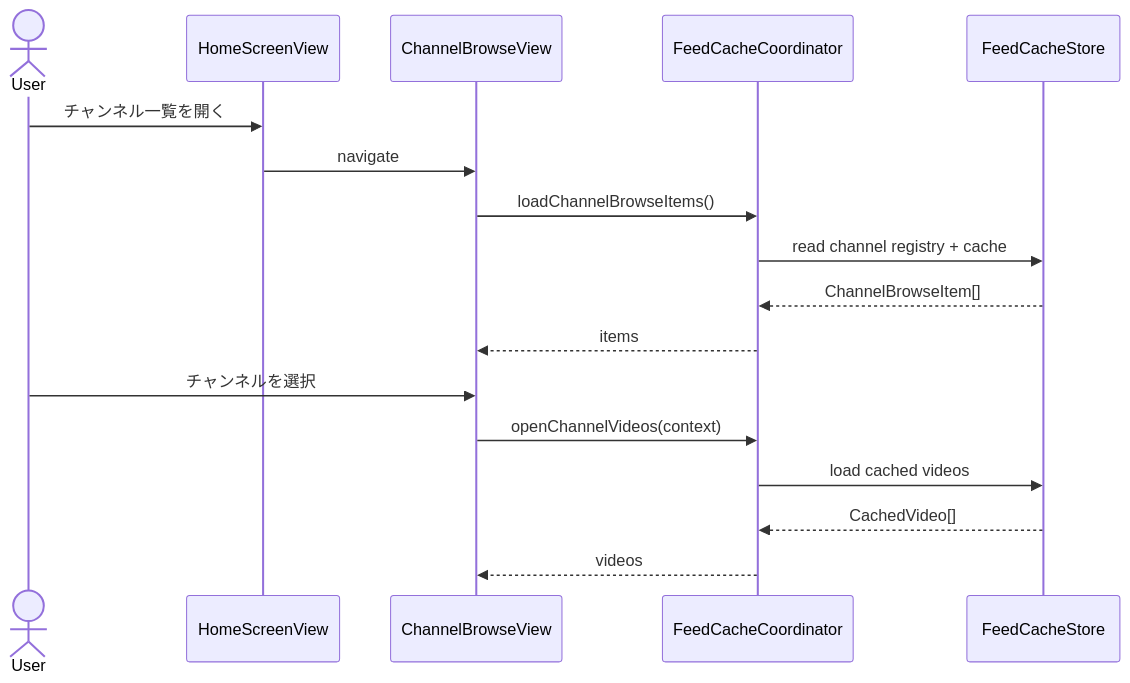
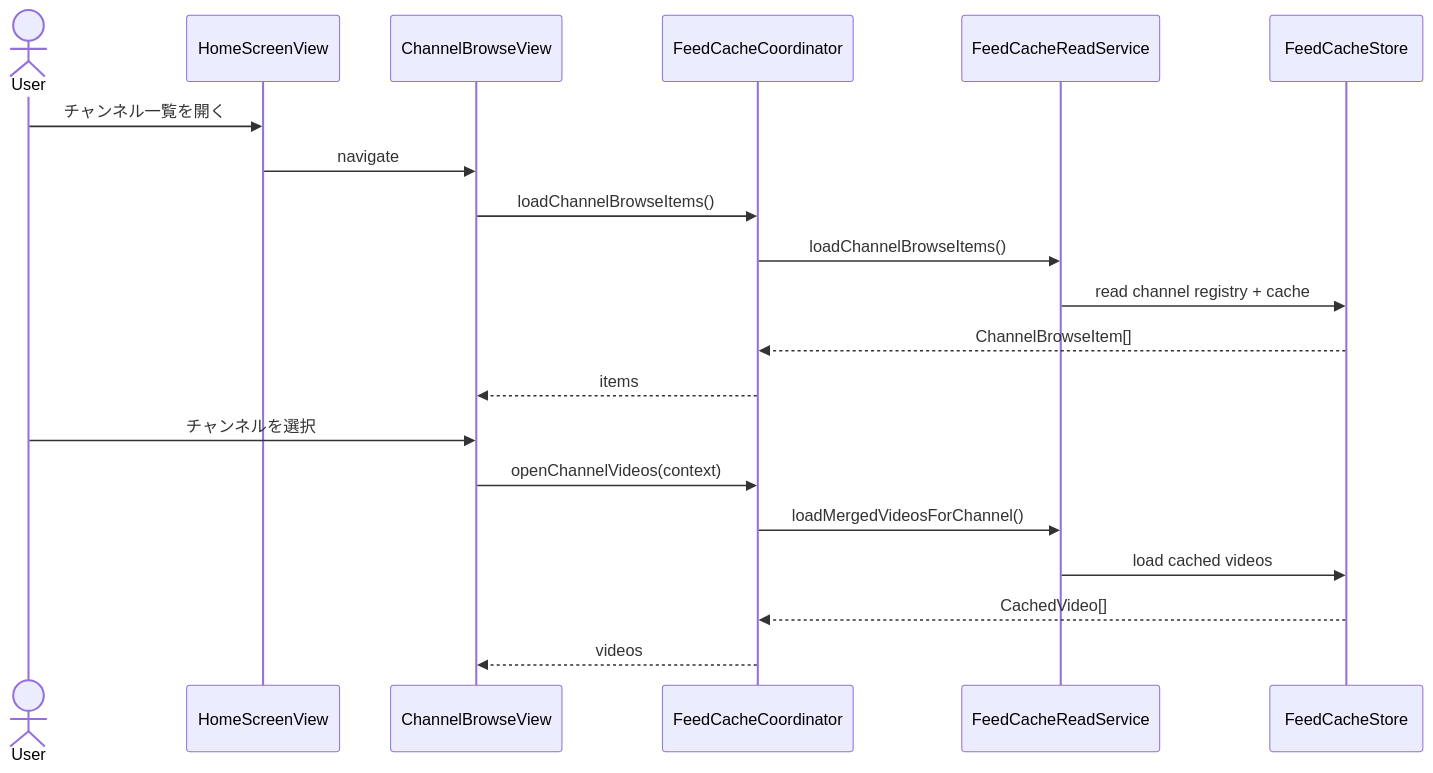
Before and after one commit to horikuma/YoutubeFeeder: the third of 4 diagrams in docs/human-view/design-overview.md, drawn with Mermaid. The commit also changed other lines of this file and 6 other files, not shown here.

````diff
--- a/docs/human-view/design-overview.md
+++ b/docs/human-view/design-overview.md
@@ -89,20 +112,23 @@
 ```mermaid
 sequenceDiagram
     actor User
     participant Home as HomeScreenView
     participant Browse as ChannelBrowseView
     participant Coord as FeedCacheCoordinator
+    participant Read as FeedCacheReadService
     participant Store as FeedCacheStore
 
     User->>Home: チャンネル一覧を開く
     Home->>Browse: navigate
     Browse->>Coord: loadChannelBrowseItems()
-    Coord->>Store: read channel registry + cache
+    Coord->>Read: loadChannelBrowseItems()
+    Read->>Store: read channel registry + cache
     Store-->>Coord: ChannelBrowseItem[]
     Coord-->>Browse: items
     User->>Browse: チャンネルを選択
     Browse->>Coord: openChannelVideos(context)
-    Coord->>Store: load cached videos
+    Coord->>Read: loadMergedVideosForChannel()
+    Read->>Store: load cached videos
     Store-->>Coord: CachedVideo[]
     Coord-->>Browse: videos
 ```
````
